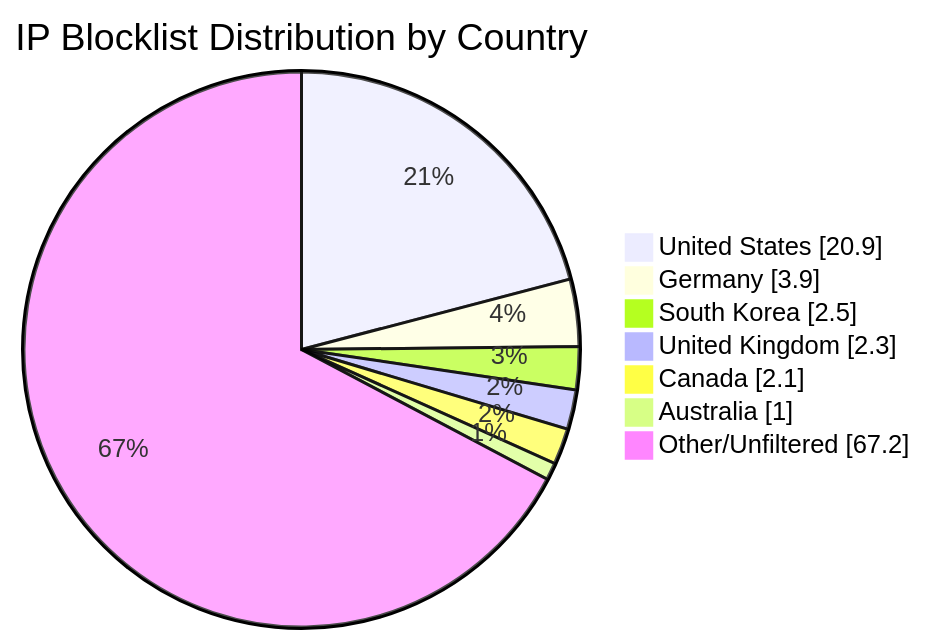
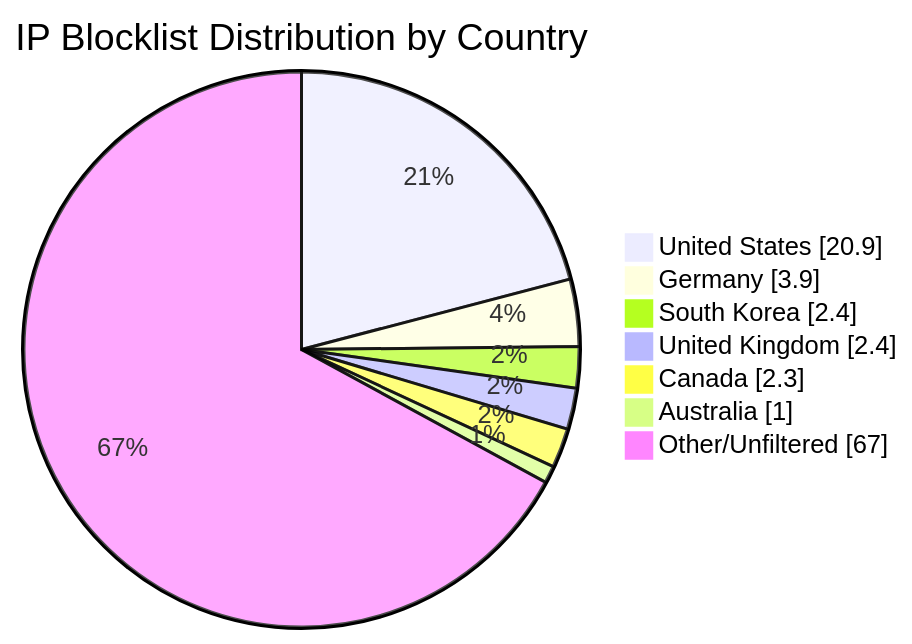
Before and after one commit to MarcusHoltz/ipblocklist-geofiltered-aggregator: the diagram in README.md, drawn with Mermaid. The commit also changed other lines of this file and 9 other files, not shown here.

````diff
--- a/README.md
+++ b/README.md
@@ -34,10 +34,10 @@
 ```mermaid
 pie showData title IP Blocklist Distribution by Country
 "United States" : 20.9
 "Germany" : 3.9
-"South Korea" : 2.5
-"United Kingdom" : 2.3
-"Canada" : 2.1
+"South Korea" : 2.4
+"United Kingdom" : 2.4
+"Canada" : 2.3
 "Australia" : 1.0
-"Other/Unfiltered" : 67.2
+"Other/Unfiltered" : 67.0
 ```
````
